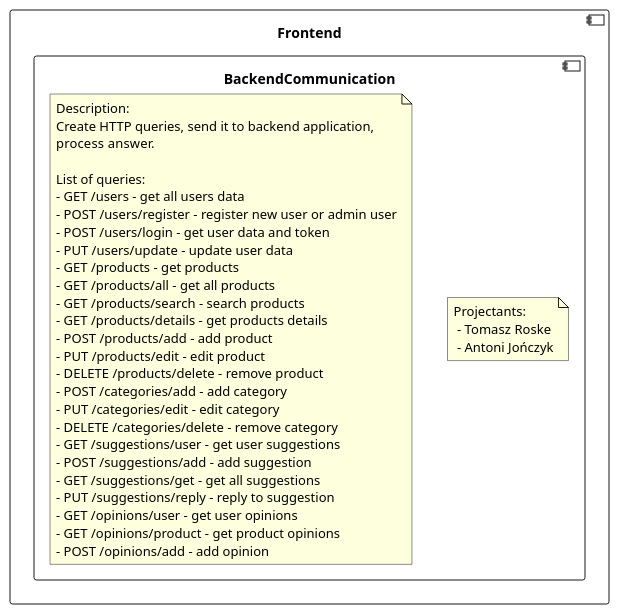
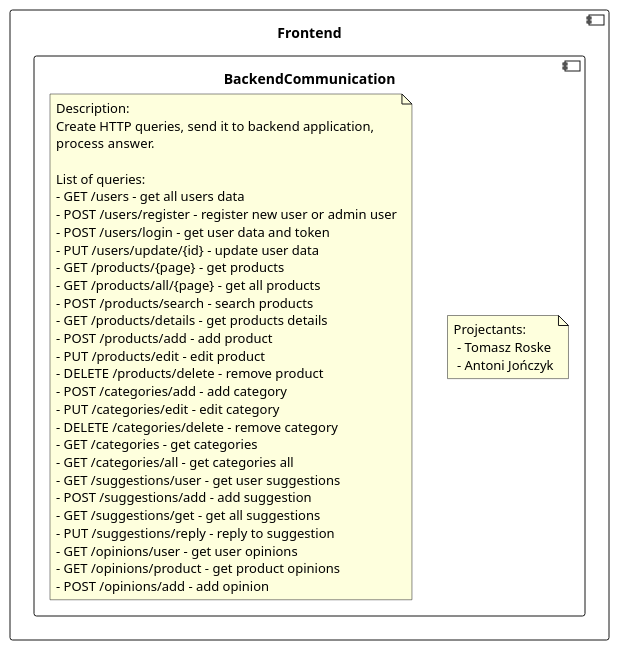
Before and after one commit to RadekBucki/OpinionCollectorArchitecture: the first of 5 diagrams in frontend/BackendCommunication.md, drawn with PlantUML. The commit also changed other lines of this file and 2 other files, not shown here.

Commit message:
Update after implementation

````diff
--- a/frontend/BackendCommunication.md
+++ b/frontend/BackendCommunication.md
@@ -3,42 +3,44 @@
 ```plantuml
 @startuml
     
 component Frontend {    
     component BackendCommunication {
         note as Authors
             Projectants: 
              - Tomasz Roske
              - Antoni Jończyk
         endnote
         note as Description
             Description: 
             Create HTTP queries, send it to backend application,
             process answer.
             
             List of queries:
             - GET /users - get all users data
             - POST /users/register - register new user or admin user
             - POST /users/login - get user data and token
-            - PUT /users/update - update user data
-            - GET /products - get products
-            - GET /products/all - get all products
-            - GET /products/search - search products
+            - PUT /users/update/{id} - update user data
+            - GET /products/{page} - get products
+            - GET /products/all/{page} - get all products
+            - POST /products/search - search products
             - GET /products/details - get products details
             - POST /products/add - add product
             - PUT /products/edit - edit product
             - DELETE /products/delete - remove product
             - POST /categories/add - add category
             - PUT /categories/edit - edit category
             - DELETE /categories/delete - remove category
+            - GET /categories - get categories
+            - GET /categories/all - get categories all
             - GET /suggestions/user - get user suggestions
             - POST /suggestions/add - add suggestion
             - GET /suggestions/get - get all suggestions
             - PUT /suggestions/reply - reply to suggestion
             - GET /opinions/user - get user opinions
             - GET /opinions/product - get product opinions
             - POST /opinions/add - add opinion
         endnote
     }
 }
 @enduml 
 ```
````
